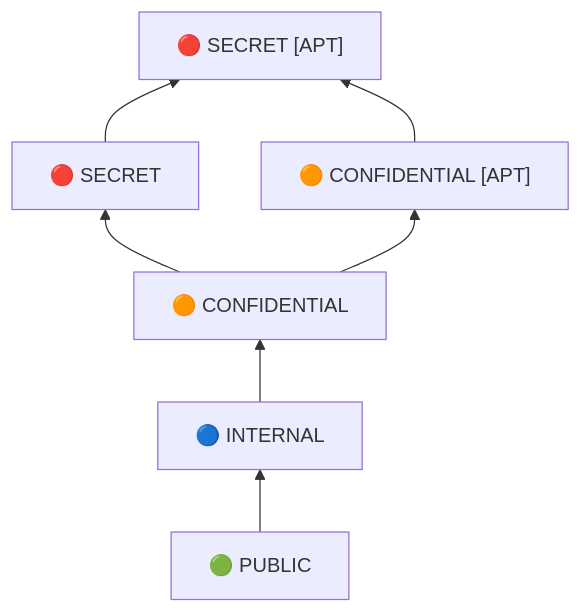
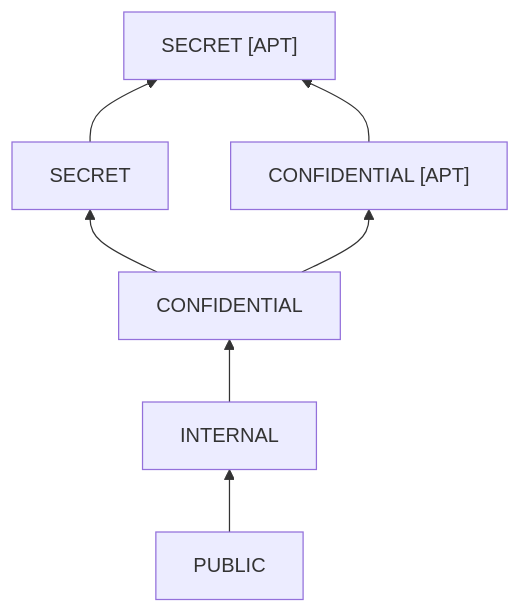
Before and after one commit to Prashasthi-18/Secure-Dynamic-Knowledge-Graph: the fourth of 14 diagrams in README.md, drawn with Mermaid. The commit also changed other lines of this file and 25 other files, not shown here.

````diff
--- a/README.md
+++ b/README.md
@@ -225,7 +252,7 @@
 ```mermaid
 flowchart BT
-    PUB["🟢 PUBLIC"] --> INT["🔵 INTERNAL"] --> CON["🟠 CONFIDENTIAL"] --> SEC["🔴 SECRET"]
-    CON --> CONAPT["🟠 CONFIDENTIAL [APT]"]
-    SEC --> SECAPT["🔴 SECRET [APT]"]
+    PUB["PUBLIC"] --> INT["INTERNAL"] --> CON["CONFIDENTIAL"] --> SEC["SECRET"]
+    CON --> CONAPT["CONFIDENTIAL [APT]"]
+    SEC --> SECAPT["SECRET [APT]"]
     CONAPT --> SECAPT
 ```
````
